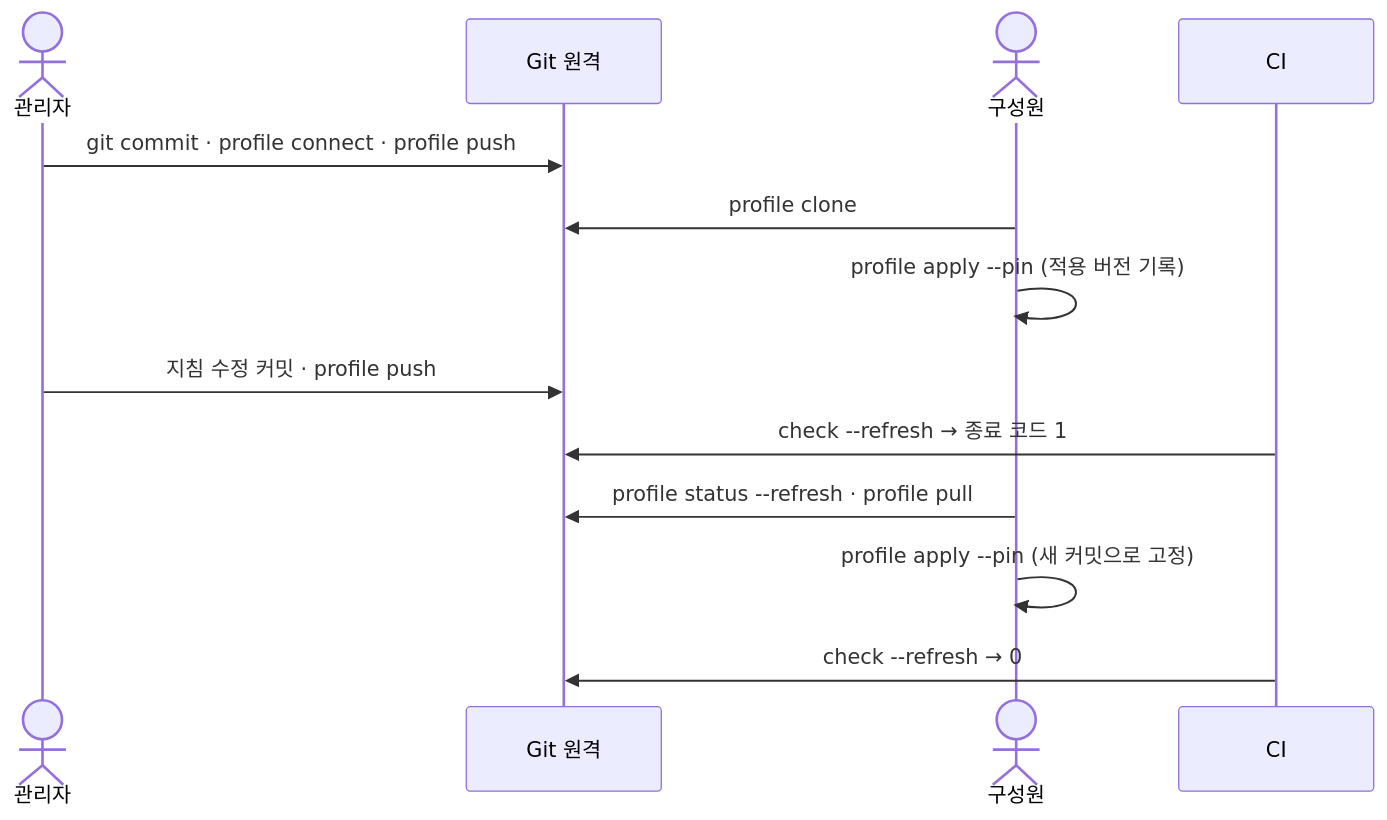
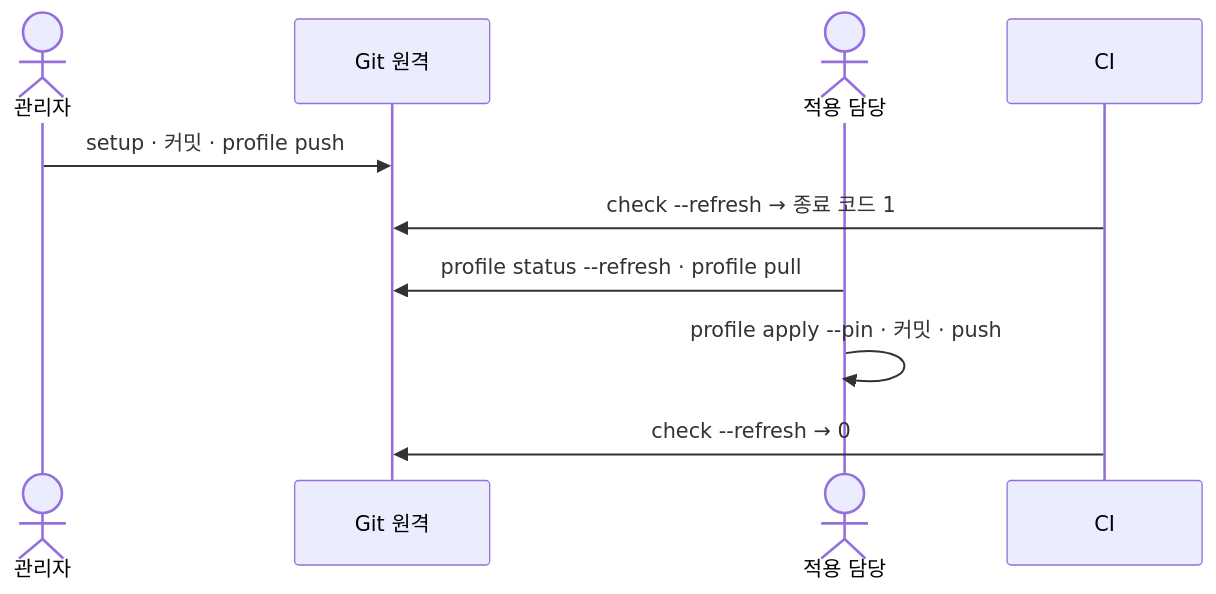
Before and after one commit to IsthisLee/agent-context-manager: the second of 2 diagrams in docs/guides/team-sharing.md, drawn with Mermaid. The commit also changed other lines of this file and 54 other files, not shown here.

````diff
--- a/docs/guides/team-sharing.md
+++ b/docs/guides/team-sharing.md
@@ -8,15 +248,12 @@
 ```mermaid
 sequenceDiagram
   actor A as 관리자
   participant R as Git 원격
-  actor M as 구성원
+  actor M as 적용 담당
   participant CI as CI
-  A->>R: git commit · profile connect · profile push
-  M->>R: profile clone
-  M->>M: profile apply --pin (적용 버전 기록)
-  A->>R: 지침 수정 커밋 · profile push
+  A->>R: setup · 커밋 · profile push
   CI->>R: check --refresh → 종료 코드 1
   M->>R: profile status --refresh · profile pull
-  M->>M: profile apply --pin (새 커밋으로 고정)
+  M->>M: profile apply --pin · 커밋 · push
   CI->>R: check --refresh → 0
 ```
````
